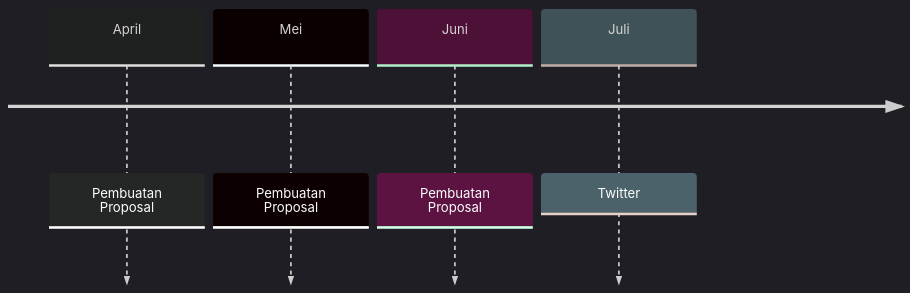
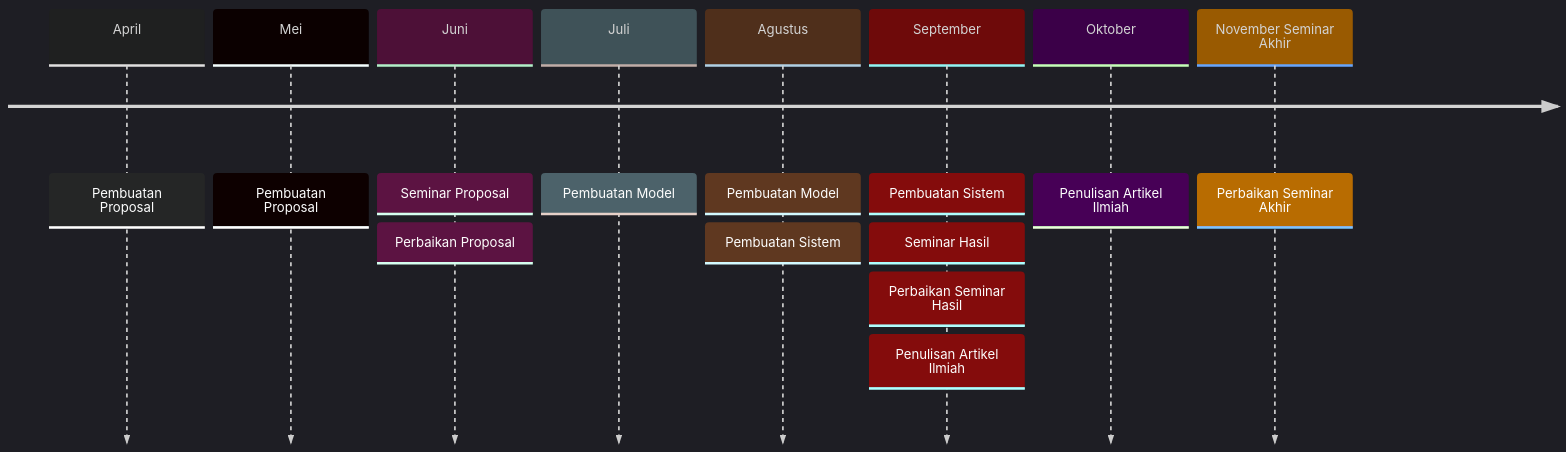
Before and after one commit to oystr29/dalamkotak-astro: the fourth of 4 diagrams in public/skripsian/sempro-slides/index.md, drawn with Mermaid. The commit also changed other lines of this file and 2 other files, not shown here.

```diff
--- a/public/skripsian/sempro-slides/index.md
+++ b/public/skripsian/sempro-slides/index.md
@@ -535,8 +535,12 @@
 <div class="mermaid">
-    %%{init: { 'logLevel': 'debug', 'theme': 'dark' } }%%
+    %%{init: {  'logLevel': 'debug', 'theme': 'dark' } }%%
     timeline
         April : Pembuatan Proposal 
         Mei : Pembuatan Proposal
-        Juni : Pembuatan Proposal
-        Juli : Twitter
+        Juni : Seminar Proposal : Perbaikan Proposal
+        Juli : Pembuatan Model 
+        Agustus: Pembuatan Model : Pembuatan Sistem
+        September: Pembuatan Sistem : Seminar Hasil : Perbaikan Seminar Hasil : Penulisan Artikel Ilmiah
+        Oktober: Penulisan Artikel Ilmiah
+        November  Seminar Akhir : Perbaikan Seminar Akhir
 </div>
```
